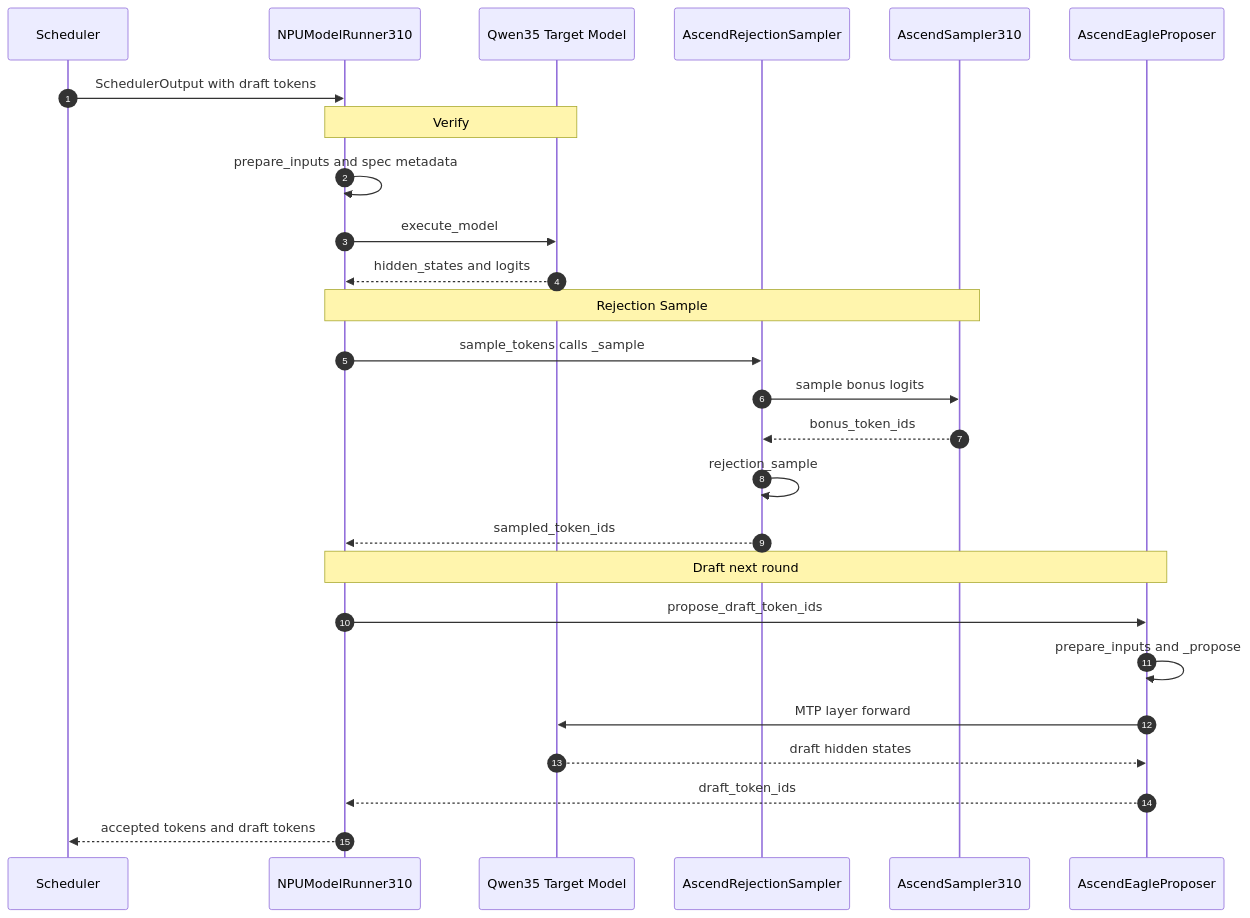
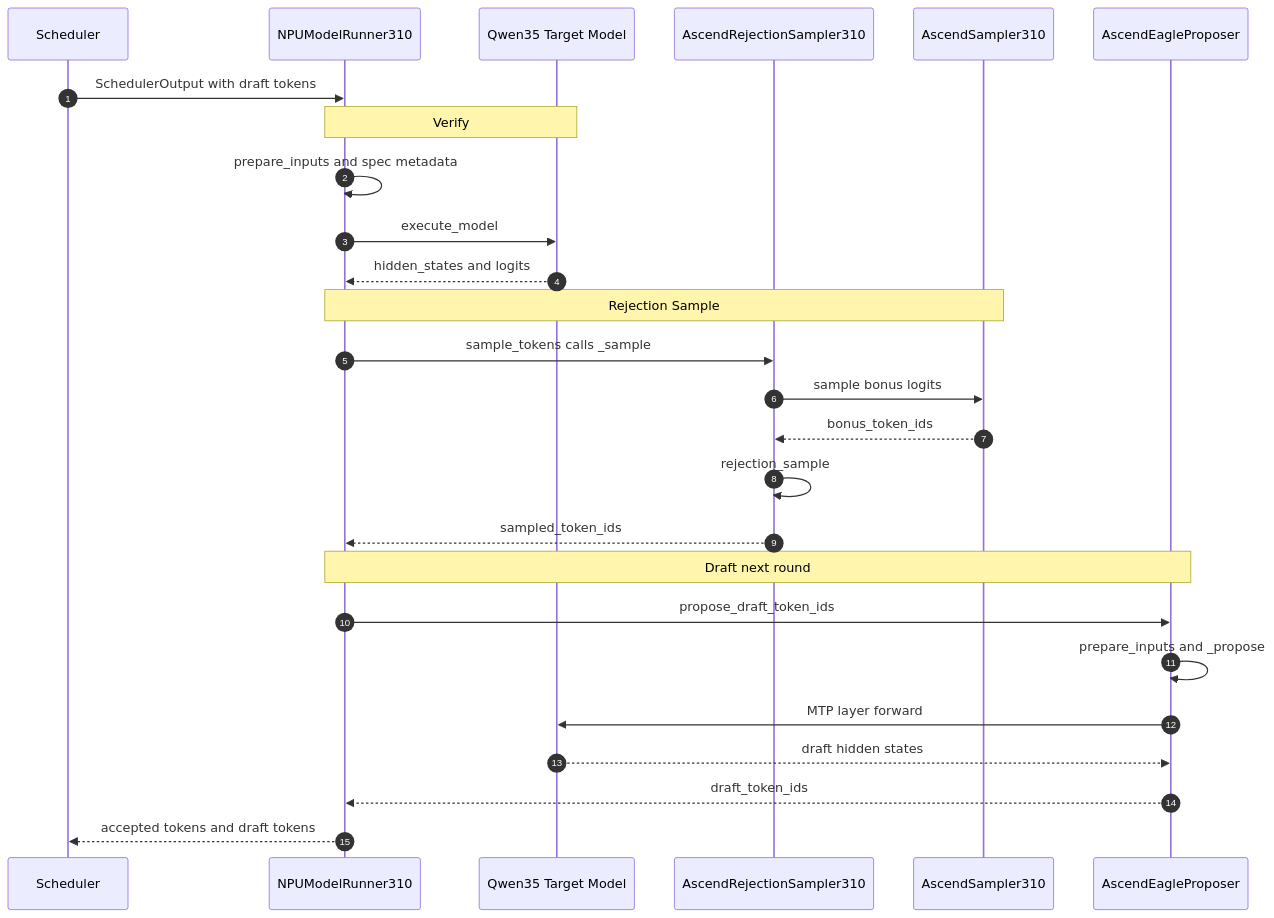
The first of 6 diagrams in Work/MTP_DESIGN_310P.md (csoulnd/InferTechNote), drawn with Mermaid before and after one commit. The commit also changed other lines of this file, not shown here.

````diff
--- a/Work/MTP_DESIGN_310P.md
+++ b/Work/MTP_DESIGN_310P.md
@@ -14,33 +15,33 @@
 ```mermaid
 sequenceDiagram
     autonumber
     participant SCH as Scheduler
     participant MR as NPUModelRunner310
     participant TM as Qwen35 Target Model
-    participant RS as AscendRejectionSampler
+    participant RS as AscendRejectionSampler310
     participant SAM as AscendSampler310
     participant DR as AscendEagleProposer
 
     SCH->>MR: SchedulerOutput with draft tokens
 
     Note over MR,TM: Verify
     MR->>MR: prepare_inputs and spec metadata
     MR->>TM: execute_model
     TM-->>MR: hidden_states and logits
 
     Note over MR,SAM: Rejection Sample
     MR->>RS: sample_tokens calls _sample
     RS->>SAM: sample bonus logits
     SAM-->>RS: bonus_token_ids
     RS->>RS: rejection_sample
     RS-->>MR: sampled_token_ids
 
     Note over MR,DR: Draft next round
     MR->>DR: propose_draft_token_ids
     DR->>DR: prepare_inputs and _propose
     DR->>TM: MTP layer forward
     TM-->>DR: draft hidden states
     DR-->>MR: draft_token_ids
 
     MR-->>SCH: accepted tokens and draft tokens
 ```
````
